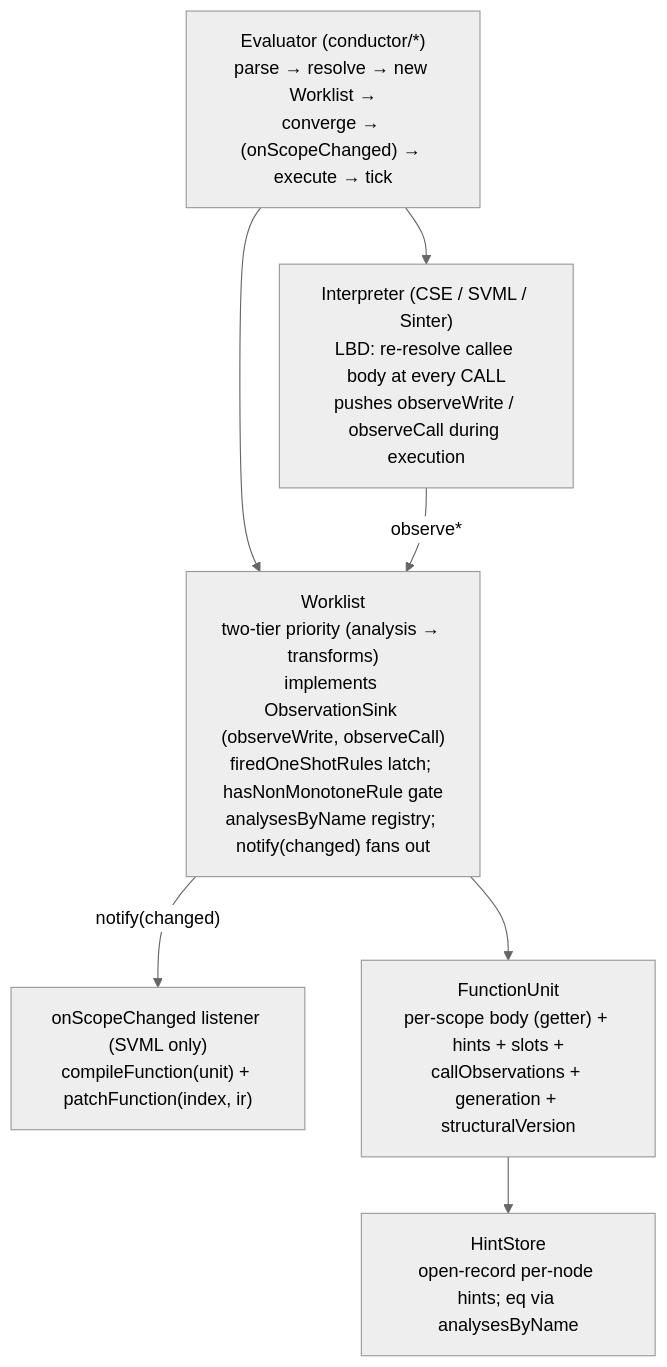
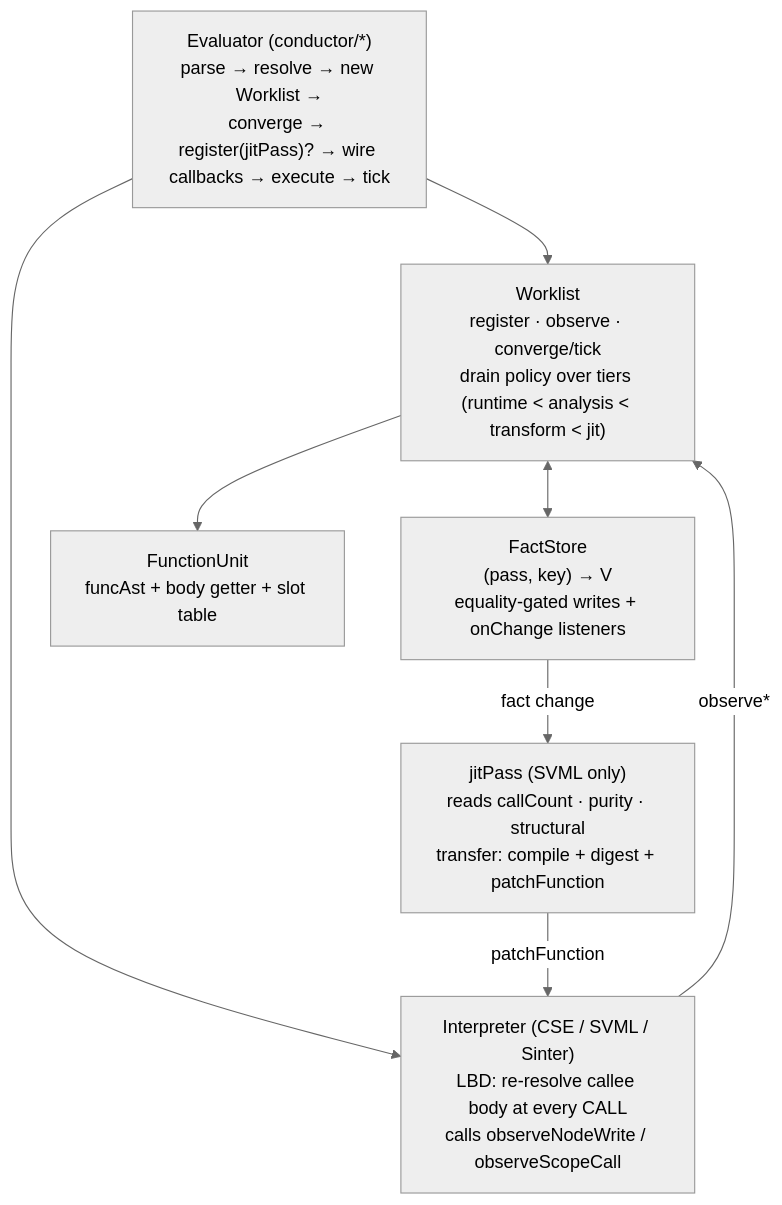
The diagram in docs/optimization-roadmap.md (loyaltypollution/py-slang), drawn with Mermaid (neutral theme) before and after one commit. The commit also changed other lines of this file and 48 other files, not shown here.

````diff
--- a/docs/optimization-roadmap.md
+++ b/docs/optimization-roadmap.md
@@ -291,16 +327,17 @@
 ```mermaid
 flowchart TB
-    EV["Evaluator (conductor/*)<br/>parse → resolve → new Worklist →<br/>converge → (onScopeChanged) → execute → tick"]
-    WL["Worklist<br/>two-tier priority (analysis → transforms)<br/>implements ObservationSink (observeWrite, observeCall)<br/>firedOneShotRules latch; hasNonMonotoneRule gate<br/>analysesByName registry; notify(changed) fans out"]
-    INT["Interpreter (CSE / SVML / Sinter)<br/>LBD: re-resolve callee body at every CALL<br/>pushes observeWrite / observeCall during execution"]
-    CB["onScopeChanged listener (SVML only)<br/>compileFunction(unit) + patchFunction(index, ir)"]
-    FU["FunctionUnit<br/>per-scope body (getter) + hints + slots +<br/>callObservations + generation + structuralVersion"]
-    HS["HintStore<br/>open-record per-node hints; eq via analysesByName"]
+    EV["Evaluator (conductor/*)<br/>parse → resolve → new Worklist →<br/>converge → register(jitPass)? → wire callbacks → execute → tick"]
+    WL["Worklist<br/>register · observe · converge/tick<br/>drain policy over tiers (runtime < analysis < transform < jit)"]
+    FS["FactStore<br/>(pass, key) → V<br/>equality-gated writes + onChange listeners"]
+    INT["Interpreter (CSE / SVML / Sinter)<br/>LBD: re-resolve callee body at every CALL<br/>calls observeNodeWrite / observeScopeCall"]
+    JITP["jitPass (SVML only)<br/>reads callCount · purity · structural<br/>transfer: compile + digest + patchFunction"]
+    FU["FunctionUnit<br/>funcAst + body getter + slot table"]
 
     EV --> WL
     EV --> INT
-    INT -- observe* --> WL
-    WL -- notify(changed) --> CB
+    INT -- "observe*" --> WL
+    WL <--> FS
+    FS -- "fact change" --> JITP
+    JITP -- "patchFunction" --> INT
     WL --> FU
-    FU --> HS
 ```
````
